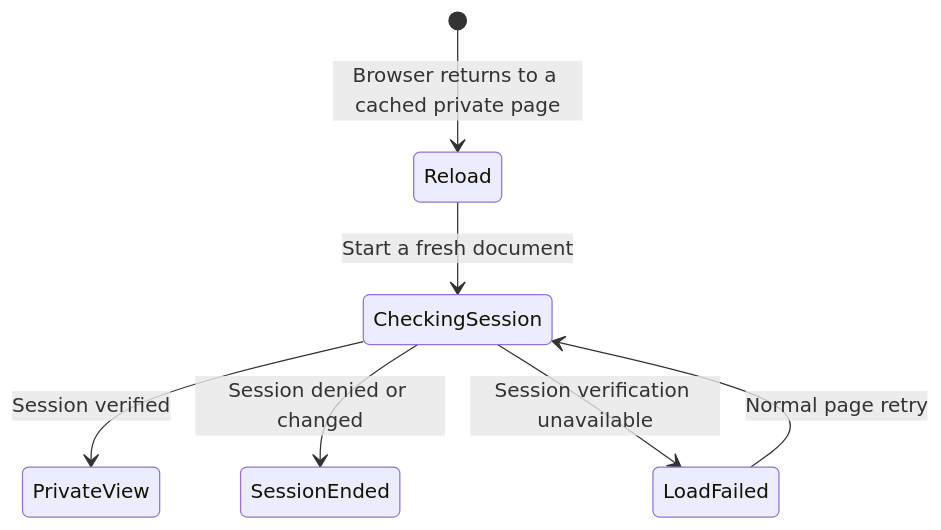
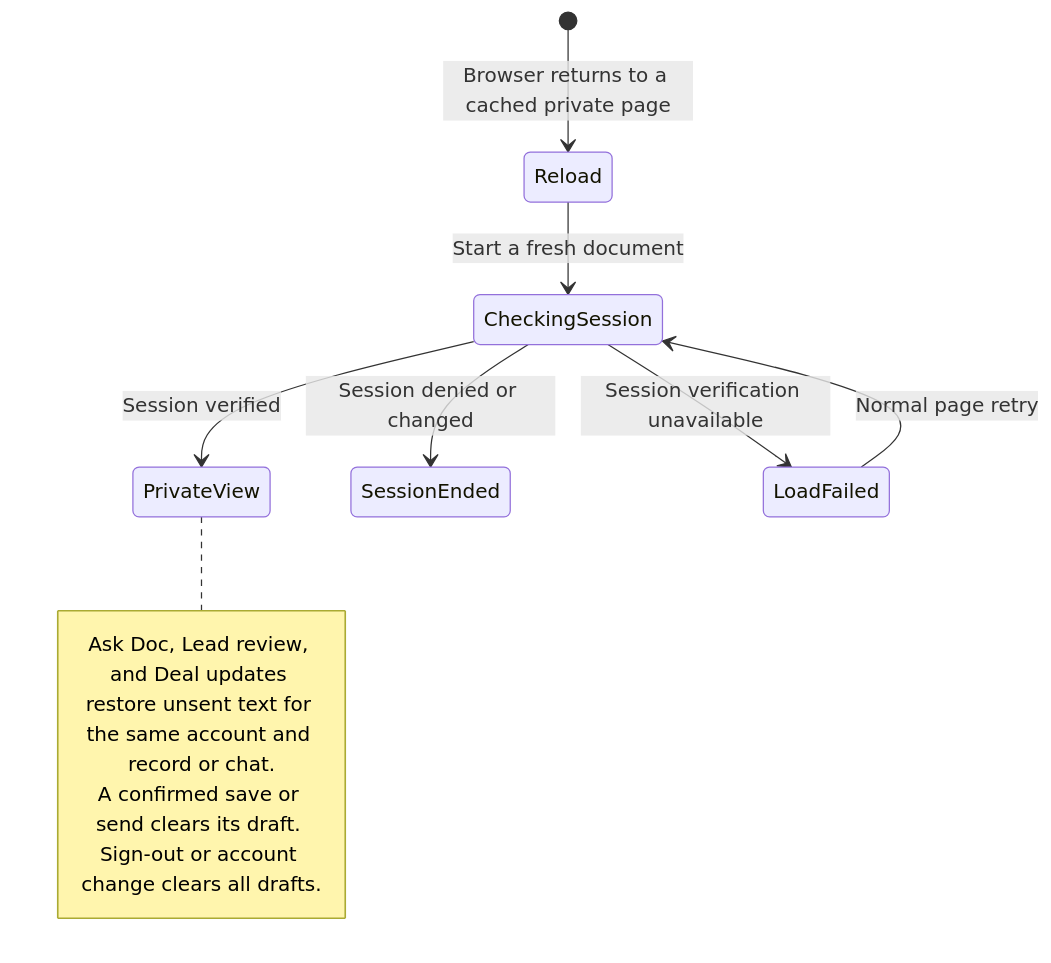
One commit to DoctorCRE/doctorcre-app changed the diagram in docs/statecharts/session-history-restore.mmd. Above: the diagram before and after it, drawn with Mermaid. The commit also changed 8 other files, not shown here.

Commit message:
Keep unsent text when private pages reload

```diff
--- a/docs/statecharts/session-history-restore.mmd
+++ b/docs/statecharts/session-history-restore.mmd
@@ -1,7 +1,11 @@
 stateDiagram-v2
   [*] --> Reload: Browser returns to a cached private page
   Reload --> CheckingSession: Start a fresh document
   CheckingSession --> PrivateView: Session verified
   CheckingSession --> SessionEnded: Session denied or changed
   CheckingSession --> LoadFailed: Session verification unavailable
   LoadFailed --> CheckingSession: Normal page retry
+  note right of PrivateView
+    Ask Doc, Lead review, and Deal updates restore unsent text for the same account and record or chat.
+    A confirmed save or send clears its draft. Sign-out or account change clears all drafts.
+  end note
```
